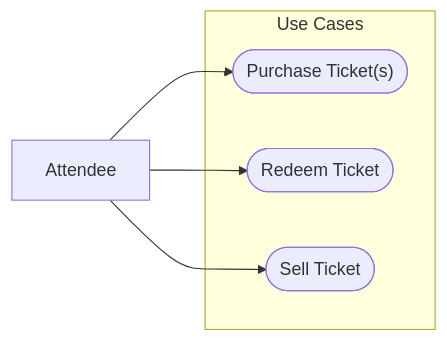
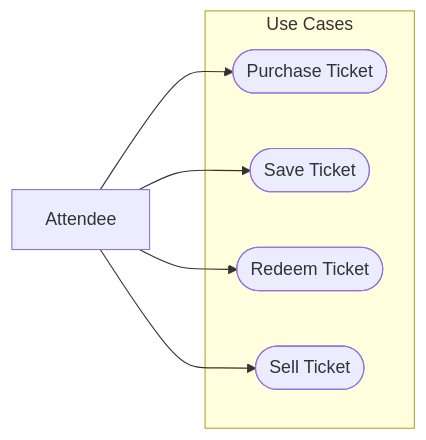
The first of 2 diagrams in docs/use-cases/event-use-case.md (openwallet-foundation/architecture-sig), drawn with Mermaid before and after one commit. The commit also changed other lines of this file, not shown here.

Commit message:
Separate Purchase from Save use case

````diff
--- a/docs/use-cases/event-use-case.md
+++ b/docs/use-cases/event-use-case.md
@@ -8,10 +8,11 @@
 ```mermaid
 flowchart LR
   Attendee
   subgraph uc[Use Cases]
-    uc1(["Purchase Ticket(s)"])
-    uc2([Redeem Ticket])
-    uc3([Sell Ticket])
+    uc1(["Purchase Ticket"])
+    uc2(["Save Ticket"])
+    uc3([Redeem Ticket])
+    uc4([Sell Ticket])
   end
-  Attendee-->uc1 & uc2 & uc3
+  Attendee-->uc1 & uc2 & uc3 & uc4
 ```
````
